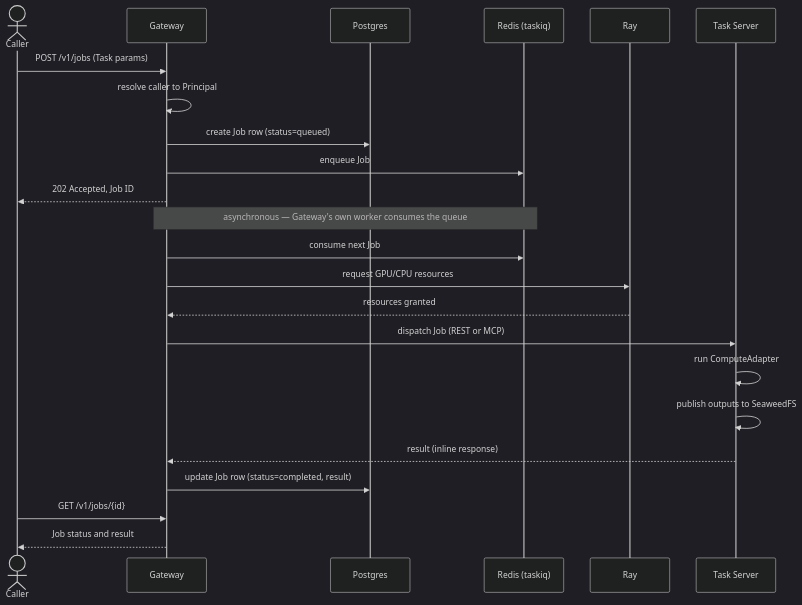
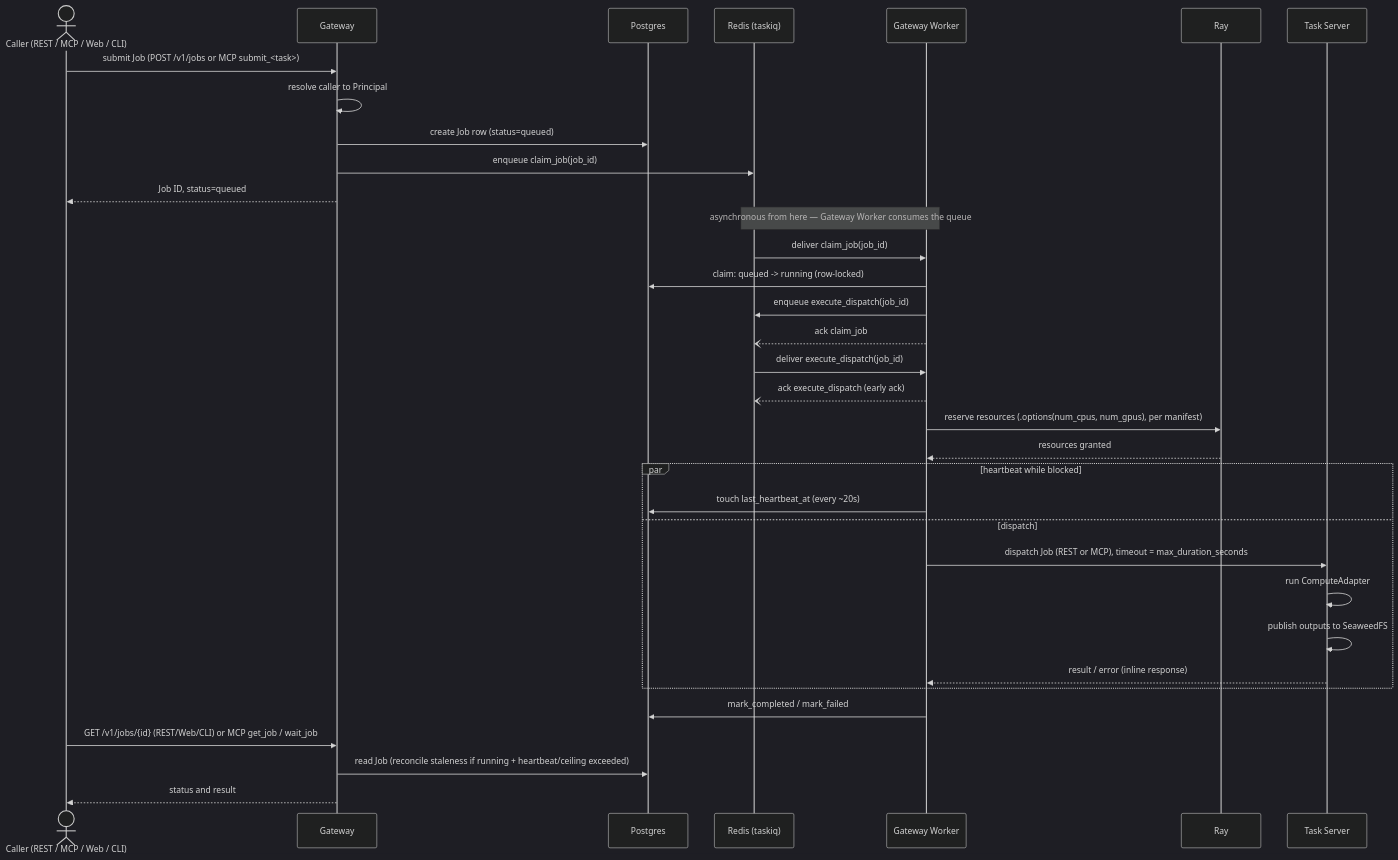
Before and after one commit to ukeSJTU/taskome: the first of 2 diagrams in docs/architecture/runtime.md, drawn with Mermaid (dark theme). The commit also changed other lines of this file and 8 other files, not shown here.

````diff
--- a/docs/architecture/runtime.md
+++ b/docs/architecture/runtime.md
@@ -7,29 +7,41 @@
 ```mermaid
 sequenceDiagram
-    actor Caller
+    actor Caller as Caller (REST / MCP / Web / CLI)
     participant Gateway
     participant Postgres
     participant Redis as Redis (taskiq)
+    participant Worker as Gateway Worker
     participant Ray
     participant TaskServer as Task Server
 
-    Caller->>Gateway: POST /v1/jobs (Task params)
+    Caller->>Gateway: submit Job (POST /v1/jobs or MCP submit_<task>)
     Gateway->>Gateway: resolve caller to Principal
     Gateway->>Postgres: create Job row (status=queued)
-    Gateway->>Redis: enqueue Job
-    Gateway-->>Caller: 202 Accepted, Job ID
+    Gateway->>Redis: enqueue claim_job(job_id)
+    Gateway-->>Caller: Job ID, status=queued
 
-    Note over Gateway,Redis: asynchronous — Gateway's own worker consumes the queue
+    Note over Redis,Worker: asynchronous from here — Gateway Worker consumes the queue
 
-    Gateway->>Redis: consume next Job
-    Gateway->>Ray: request GPU/CPU resources
-    Ray-->>Gateway: resources granted
-    Gateway->>TaskServer: dispatch Job (REST or MCP)
-    TaskServer->>TaskServer: run ComputeAdapter
-    TaskServer->>TaskServer: publish outputs to SeaweedFS
-    TaskServer-->>Gateway: result (inline response)
-    Gateway->>Postgres: update Job row (status=completed, result)
+    Redis->>Worker: deliver claim_job(job_id)
+    Worker->>Postgres: claim: queued -> running (row-locked)
+    Worker->>Redis: enqueue execute_dispatch(job_id)
+    Worker--)Redis: ack claim_job
 
-    Caller->>Gateway: GET /v1/jobs/{id}
-    Gateway-->>Caller: Job status and result
+    Redis->>Worker: deliver execute_dispatch(job_id)
+    Worker--)Redis: ack execute_dispatch (early ack)
+    Worker->>Ray: reserve resources (.options(num_cpus, num_gpus), per manifest)
+    Ray-->>Worker: resources granted
+    par heartbeat while blocked
+        Worker->>Postgres: touch last_heartbeat_at (every ~20s)
+    and dispatch
+        Worker->>TaskServer: dispatch Job (REST or MCP), timeout = max_duration_seconds
+        TaskServer->>TaskServer: run ComputeAdapter
+        TaskServer->>TaskServer: publish outputs to SeaweedFS
+        TaskServer-->>Worker: result / error (inline response)
+    end
+    Worker->>Postgres: mark_completed / mark_failed
+
+    Caller->>Gateway: GET /v1/jobs/{id} (REST/Web/CLI) or MCP get_job / wait_job
+    Gateway->>Postgres: read Job (reconcile staleness if running + heartbeat/ceiling exceeded)
+    Gateway-->>Caller: status and result
 ```
````
